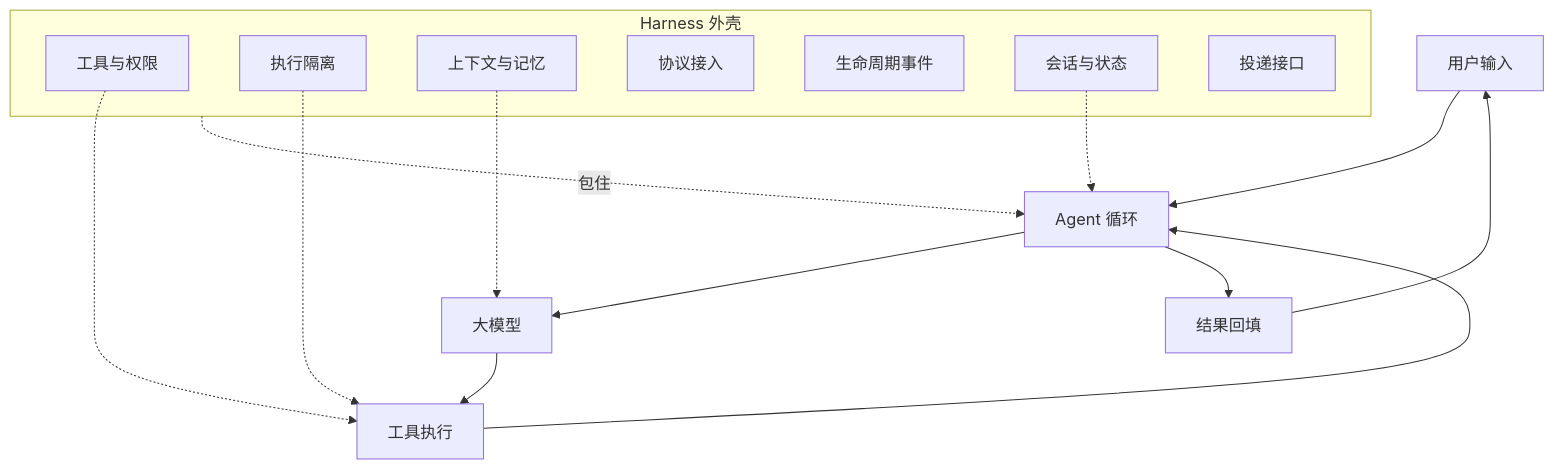
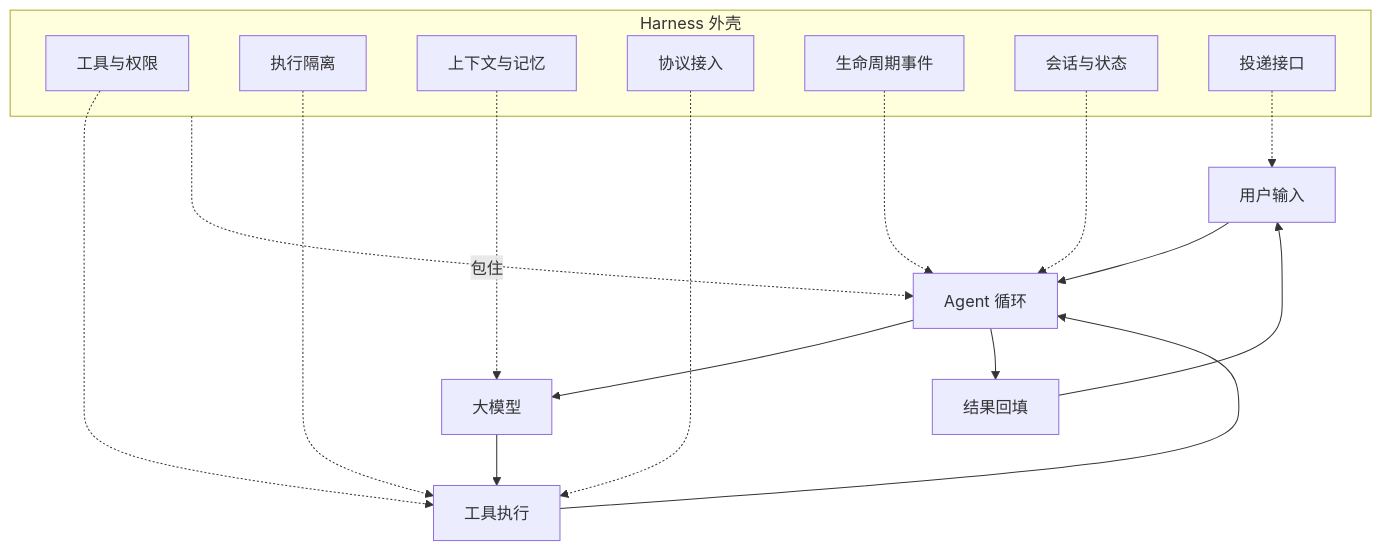
Before and after one commit to Laughingtt/agentkit: the first of 2 diagrams in part-4-harness工程/ch17-harness导览.md, drawn with Mermaid. The commit also changed other lines of this file and 2 other files, not shown here.

````diff
--- a/part-4-harness工程/ch17-harness导览.md
+++ b/part-4-harness工程/ch17-harness导览.md
@@ -21,25 +21,28 @@
 ```mermaid
 graph TD
     U[用户输入] --> L[Agent 循环]
     L --> M[大模型]
     M --> T[工具执行]
     T --> L
     L --> R[结果回填]
     R --> U
 
     subgraph H[Harness 外壳]
         H1[工具与权限]
         H2[执行隔离]
         H3[上下文与记忆]
         H4[协议接入]
         H5[生命周期事件]
         H6[会话与状态]
         H7[投递接口]
     end
 
     H -.包住.-> L
     H1 -.-> T
     H2 -.-> T
     H3 -.-> M
+    H4 -.-> T
+    H5 -.-> L
     H6 -.-> L
+    H7 -.-> U
 ```
````
